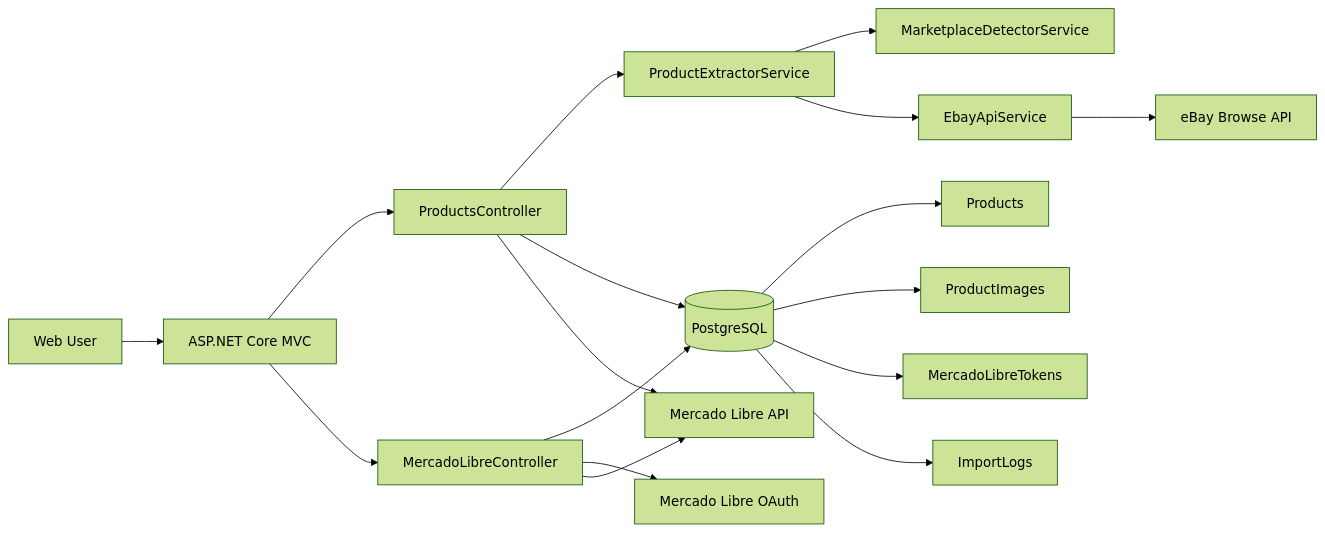
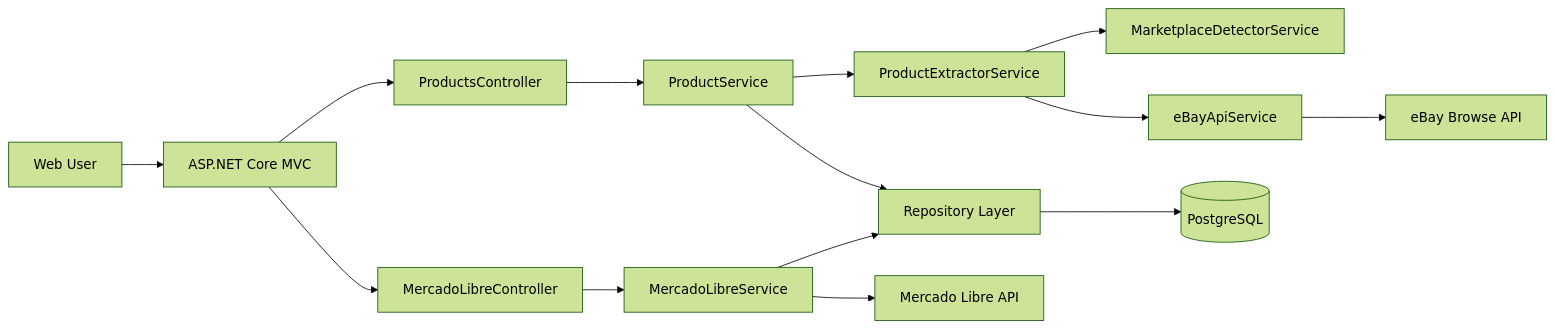
One commit to pancho63490/MarketplaceSync changed the first of 2 diagrams in README.md. Above: the diagram before and after it, drawn with Mermaid (forest theme). The commit also changed other lines of this file, not shown here.

Commit message:
docs: upgrade README with enterprise architecture and roadmap

````diff
--- a/README.md
+++ b/README.md
@@ -33,24 +73,22 @@
 ```mermaid
 flowchart LR
     User[Web User] --> MVC[ASP.NET Core MVC]
 
     MVC --> ProductsController[ProductsController]
     MVC --> MercadoLibreController[MercadoLibreController]
 
-    ProductsController --> Extractor[ProductExtractorService]
+    ProductsController --> ProductService[ProductService]
+    MercadoLibreController --> MercadoLibreService[MercadoLibreService]
+
+    ProductService --> Extractor[ProductExtractorService]
     Extractor --> Detector[MarketplaceDetectorService]
-    Extractor --> EbayService[EbayApiService]
+    Extractor --> EbayService[eBayApiService]
 
-    ProductsController --> DB[(PostgreSQL)]
-    MercadoLibreController --> DB
+    ProductService --> Repository[Repository Layer]
+    MercadoLibreService --> Repository
+
+    Repository --> DB[(PostgreSQL)]
 
     EbayService --> EbayAPI[eBay Browse API]
-    MercadoLibreController --> MLAuth[Mercado Libre OAuth]
-    MercadoLibreController --> MLAPI[Mercado Libre API]
-    ProductsController --> MLAPI
-
-    DB --> Products[Products]
-    DB --> ProductImages[ProductImages]
-    DB --> MercadoLibreTokens[MercadoLibreTokens]
-    DB --> ImportLogs[ImportLogs]
+    MercadoLibreService --> MLAPI[Mercado Libre API]
 ```
````
